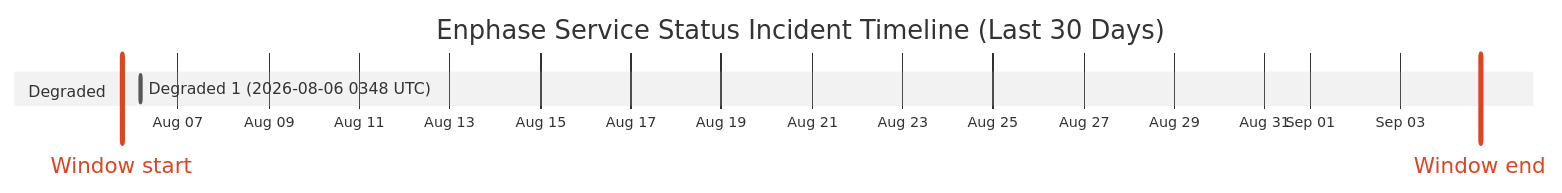
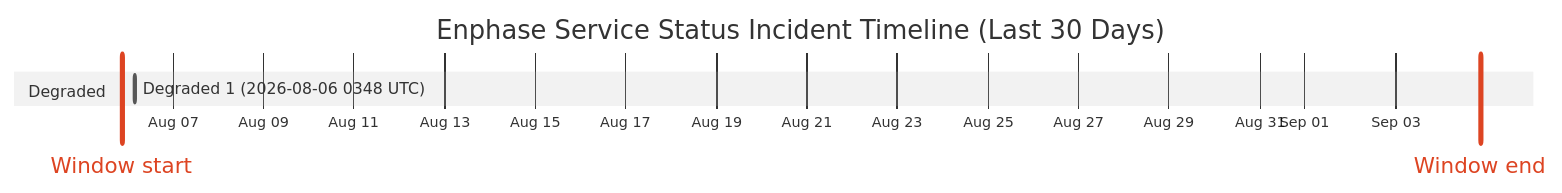
The diagram in wiki/Service-Status-History.md (barneyonline/ha-enphase-energy), drawn with Mermaid (neutral theme) before and after one commit. The commit also changed other lines of this file and 3 other files, not shown here.

````diff
--- a/wiki/Service-Status-History.md
+++ b/wiki/Service-Status-History.md
@@ -14,10 +14,10 @@
 ```mermaid
 gantt
     title Enphase Service Status Incident Timeline (Last 30 Days)
     dateFormat  YYYY-MM-DDTHH:mm:ss
     axisFormat  %b %d
-    Window start :vert, window-start, 2026-08-05T18:05:57, 0ms
-    Window end :vert, window-end, 2026-09-04T18:05:57, 0ms
+    Window start :vert, window-start, 2026-08-05T20:55:16, 0ms
+    Window end :vert, window-end, 2026-09-04T20:55:16, 0ms
     section Degraded
     Degraded 1 (2026-08-06 0348 UTC) :active, degraded-1, 2026-08-06T03:48:14, 60m
 ```
````
